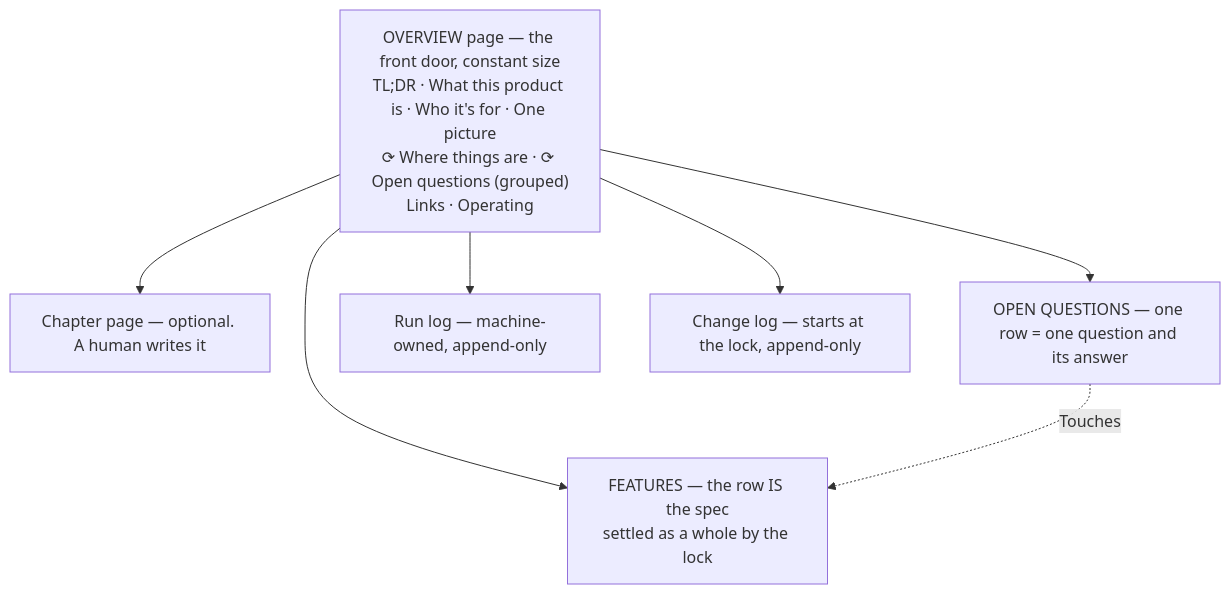
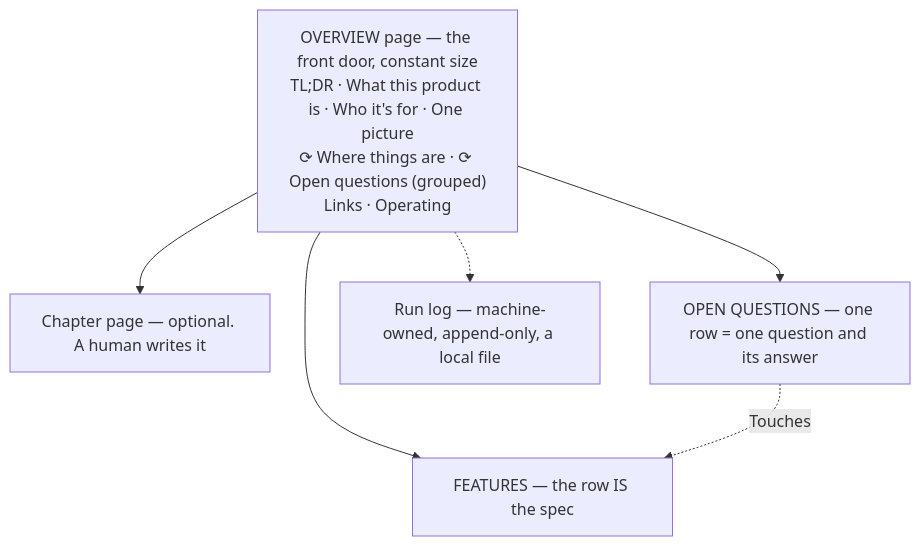
The diagram in spec/doc-shape.md (Simas-Zurauskas/blueprint), drawn with Mermaid before and after one commit. The commit also changed other lines of this file and 18 other files, not shown here.

````diff
--- a/spec/doc-shape.md
+++ b/spec/doc-shape.md
@@ -32,15 +33,13 @@
 ```mermaid
 graph TD
   R["OVERVIEW page — the front door, constant size<br/>TL;DR · What this product is · Who it's for · One picture<br/>⟳ Where things are · ⟳ Open questions (grouped)<br/>Links · Operating"]
   C["Chapter page — optional. A human writes it"]
-  F["FEATURES — the row IS the spec<br/>settled as a whole by the lock"]
+  F["FEATURES — the row IS the spec"]
   Q["OPEN QUESTIONS — one row = one question and its answer"]
-  L["Run log — machine-owned, append-only"]
-  BL["Change log — starts at the lock, append-only"]
+  L["Run log — machine-owned, append-only, a local file"]
   R --> C
   R --> F
   R --> Q
-  R --> L
-  R --> BL
+  R -.-> L
   Q -. "Touches" .-> F
 ```
````
